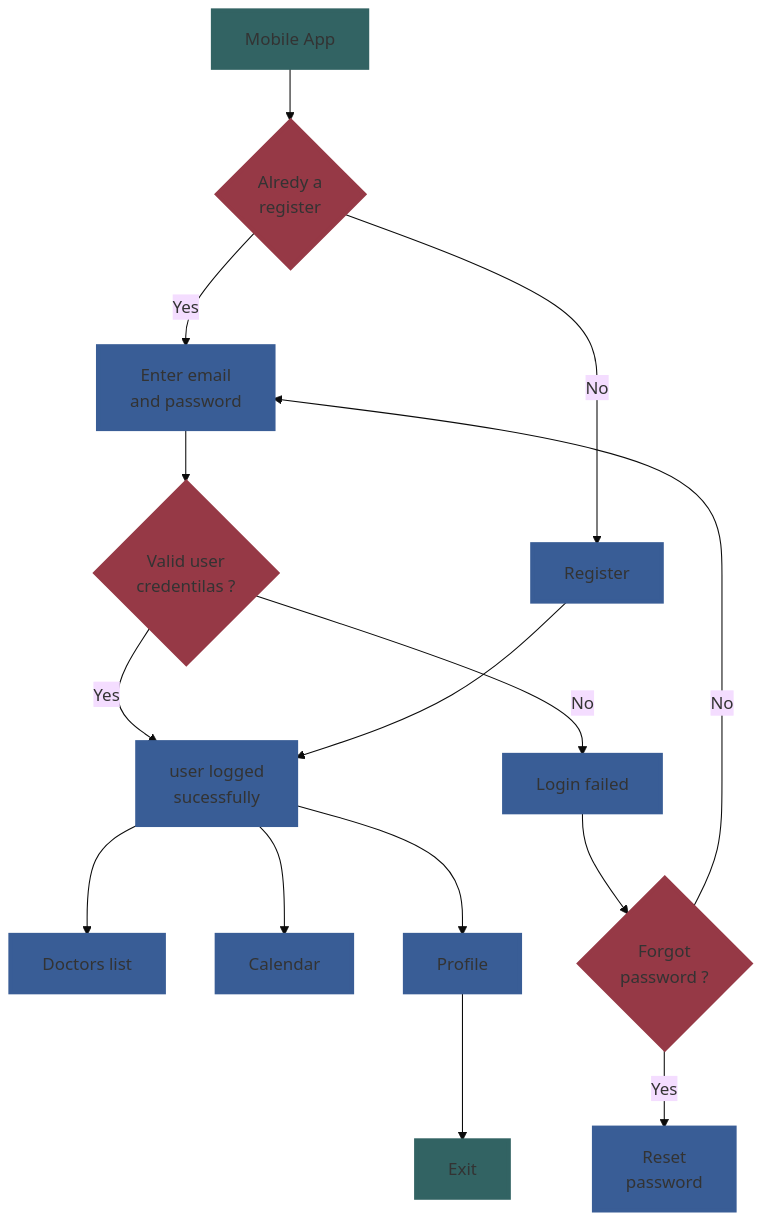
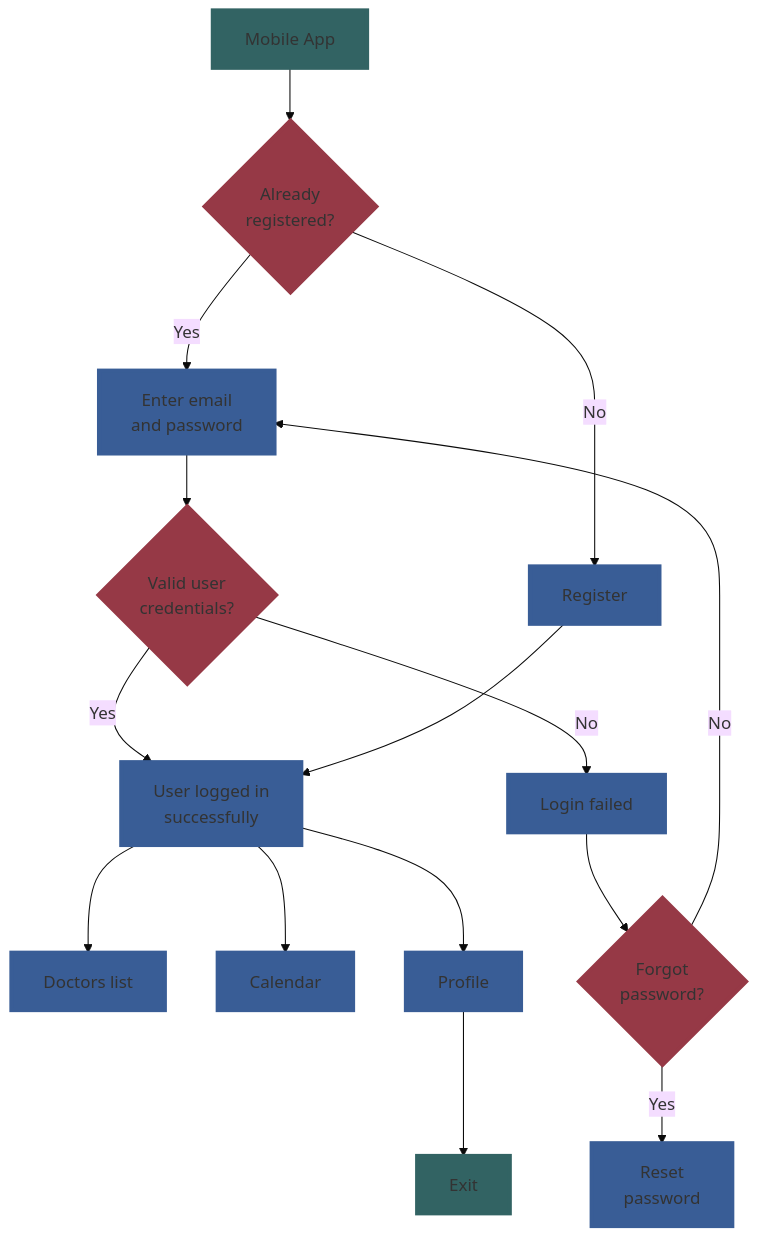
The third of 4 diagrams in README.md (mateusribeirocampos/dragenda), drawn with Mermaid (base theme) before and after one commit. The commit also changed other lines of this file, not shown here.

````diff
--- a/README.md
+++ b/README.md
@@ -130,34 +129,31 @@
 ```mermaid
-
 flowchart TD
-  A[Mobile App] --> B{Alredy a 
-  register}
+  A[Mobile App] --> B{Already 
+  registered?}
   B -- Yes --> C[Enter email 
   and password]
   C --> b{Valid user 
-  credentilas ?}
+  credentials?}
   B -- No --> G[Register]
-  b -- Yes --> H[user logged
-  sucessfully]
+  b -- Yes --> H[User logged in
+  successfully]
   H --> D[Doctors list]
   H --> E[Calendar]
   H --> F[Profile]
   b -- No --> I[Login failed]
   I --> l{Forgot
-  password ?}
+  password?}
   l -- Yes --> J[Reset
   password]
   l -- No --> C
   G --> H
   F --> Exit
 
 classDef red fill:#963946,stroke:#963946,stroke-width:4px;
-
 classDef blue fill:#395d96,stroke:#395d96,stroke-width:4px;
-
 classDef cyan fill:#326363,stroke:#326363,stroke-width:4px;
 
   class b,l,B red
   class C,D,E,F,G,H,J,I blue
   class A,Exit cyan
 ```
````
